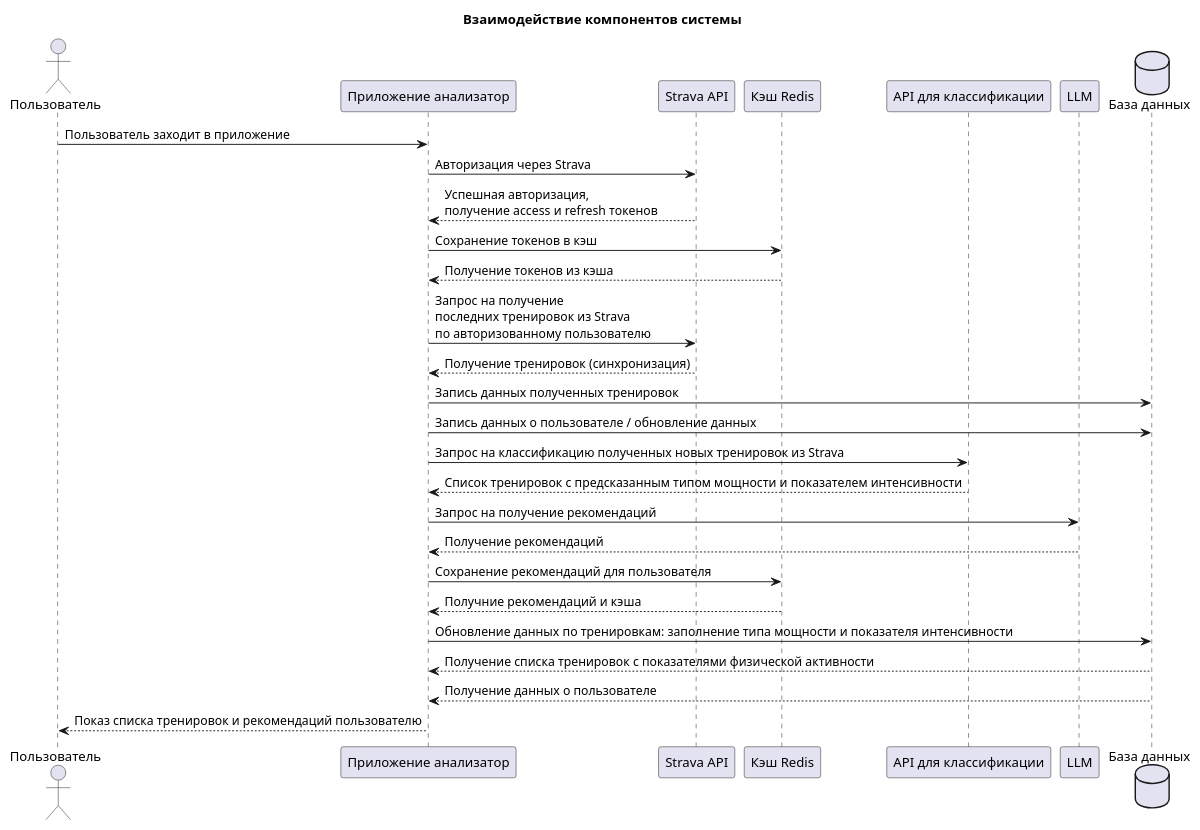
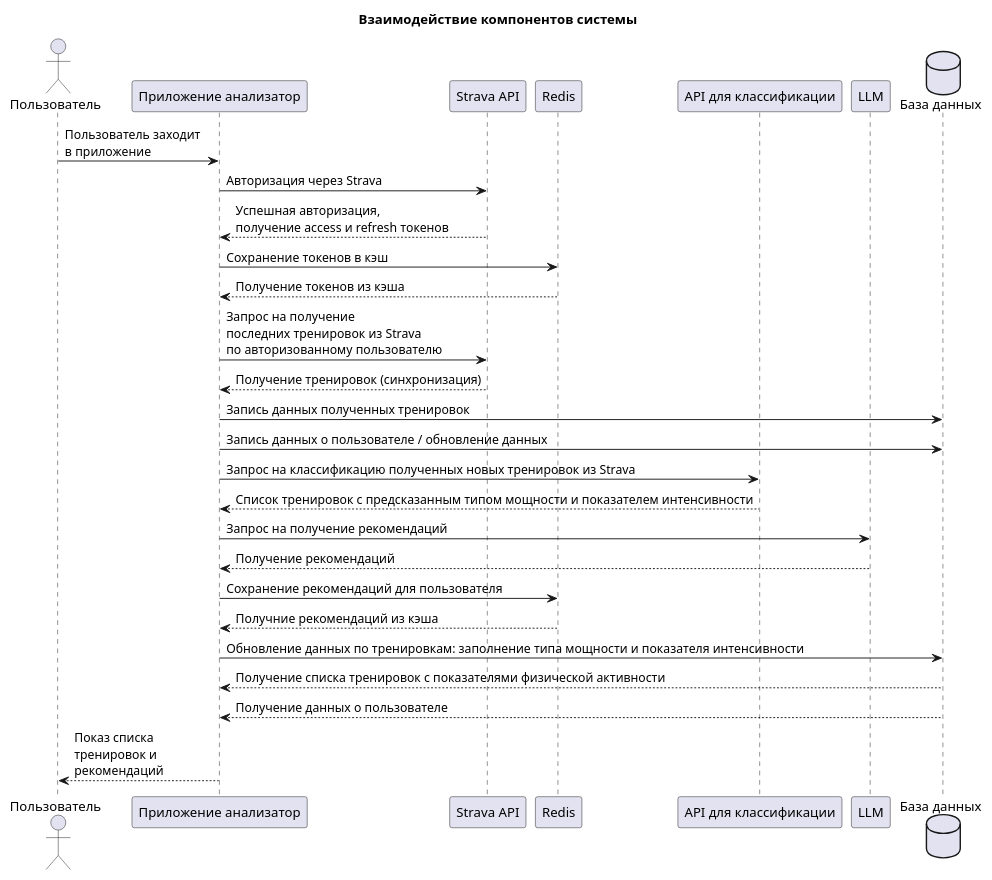
The diagram in diagrams/sequence_base.puml (VadimBarinov/strava-activity-ui), drawn with PlantUML before and after one commit. The commit also changed 3 other files, not shown here.

Commit message:
update sequences

```diff
--- a/diagrams/sequence_base.puml
+++ b/diagrams/sequence_base.puml
@@ -1,33 +1,33 @@
 @startuml
 
 title Взаимодействие компонентов системы
 
 actor "Пользователь" as Client
 participant "Приложение анализатор" as Application
 participant "Strava API" as Strava
-participant "Кэш Redis" as Redis
+participant "Redis" as Redis
 participant "API для классификации" as CatAPI
 participant "LLM" as LLM
 database "База данных" as DB
 
-Client -> Application: Пользователь заходит в приложение
+Client -> Application: Пользователь заходит \nв приложение
 Application -> Strava: Авторизация через Strava
 Application <-- Strava: Успешная авторизация, \nполучение access и refresh токенов
 Application -> Redis: Сохранение токенов в кэш
 Application <-- Redis: Получение токенов из кэша
 Application -> Strava: Запрос на получение \nпоследних тренировок из Strava \nпо авторизованному пользователю
 Application <-- Strava: Получение тренировок (синхронизация)
 Application -> DB: Запись данных полученных тренировок
 Application -> DB: Запись данных о пользователе / обновление данных
 Application -> CatAPI: Запрос на классификацию полученных новых тренировок из Strava
 Application <-- CatAPI: Список тренировок с предсказанным типом мощности и показателем интенсивности
 Application -> LLM: Запрос на получение рекомендаций
 Application <-- LLM: Получение рекомендаций
 Application -> Redis: Сохранение рекомендаций для пользователя
-Application <-- Redis: Получние рекомендаций и кэша 
+Application <-- Redis: Получние рекомендаций из кэша 
 Application -> DB: Обновление данных по тренировкам: заполнение типа мощности и показателя интенсивности
 Application <-- DB: Получение списка тренировок с показателями физической активности
 Application <-- DB: Получение данных о пользователе
-Client <-- Application: Показ списка тренировок и рекомендаций пользователю
+Client <-- Application: Показ списка \nтренировок и \nрекомендаций
 
 @enduml
```
